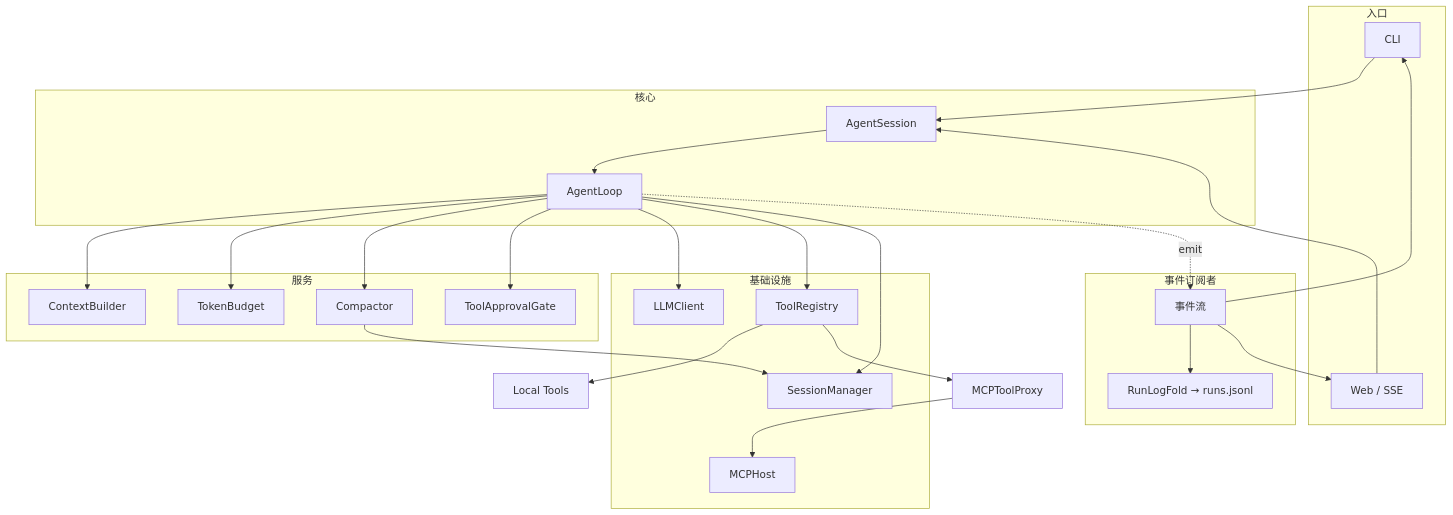
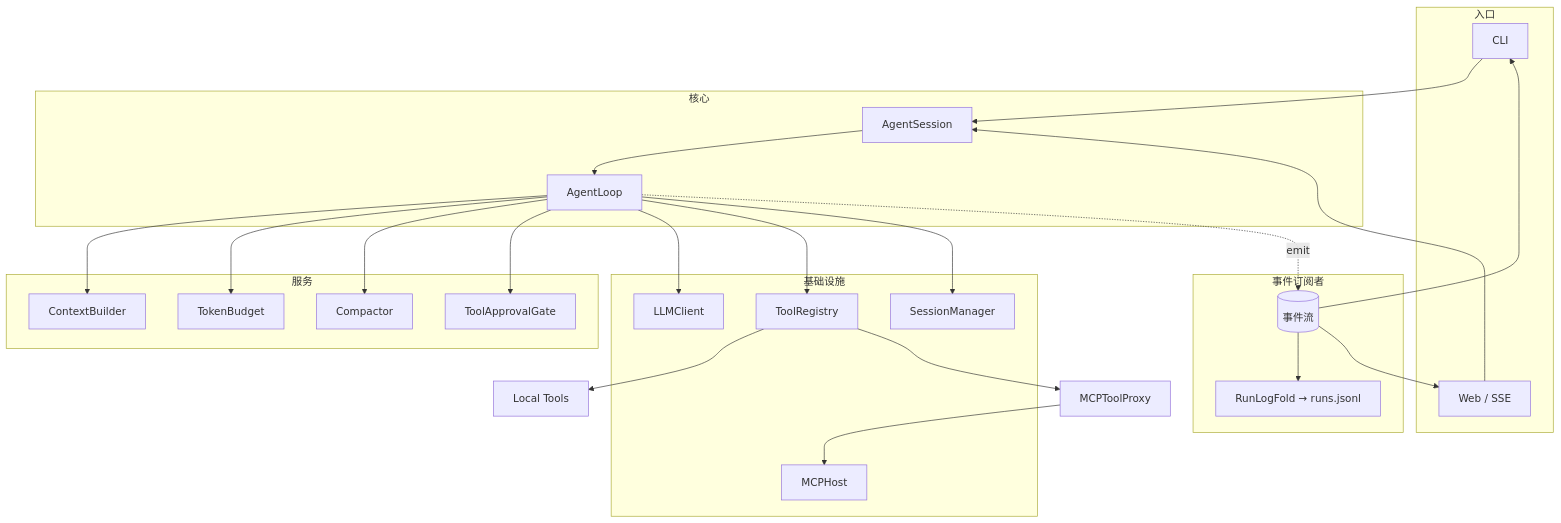
One commit to Jiminyang1/minibot changed the diagram in README.md. Above: the diagram before and after it, drawn with Mermaid. The commit also changed other lines of this file and 1 other file, not shown here.

````diff
--- a/README.md
+++ b/README.md
@@ -18,50 +38,46 @@
 ```mermaid
 flowchart TB
     subgraph entry [入口]
         CLI[CLI]
         Web[Web / SSE]
     end
 
     subgraph core [核心]
         AS[AgentSession]
         AL[AgentLoop]
     end
 
     subgraph services [服务]
         CB[ContextBuilder]
         TB[TokenBudget]
         CP[Compactor]
         GATE[ToolApprovalGate]
     end
 
     subgraph infra [基础设施]
         SM[SessionManager]
         TRG[ToolRegistry]
         MCP[MCPHost]
         LLM[LLMClient]
     end
 
     subgraph subscribers [事件订阅者]
-        EV[事件流]
+        EV[(事件流)]
         FOLD[RunLogFold → runs.jsonl]
     end
 
     CLI --> AS
     Web --> AS
     AS --> AL
-    AL --> CB
-    AL --> TB
-    AL --> CP
-    AL --> GATE
+    AL --> CB & TB & CP & GATE
     AL --> LLM
     AL --> TRG
     AL --> SM
-    CP --> SM
     AL -. emit .-> EV
     EV --> FOLD
     EV --> CLI
     EV --> Web
     TRG --> Local[Local Tools]
     TRG --> Proxy[MCPToolProxy]
     Proxy --> MCP
 ```
````
